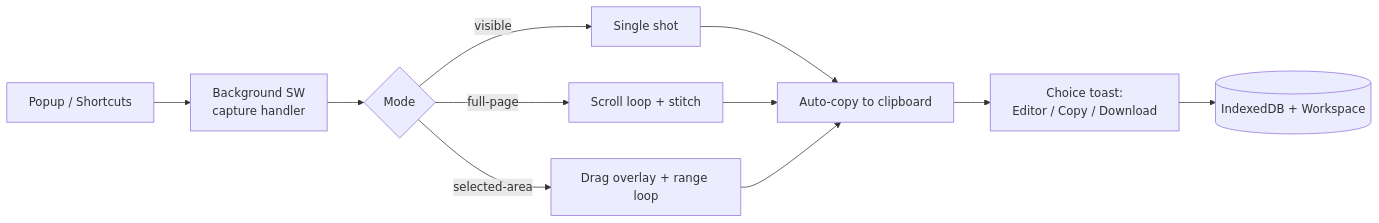
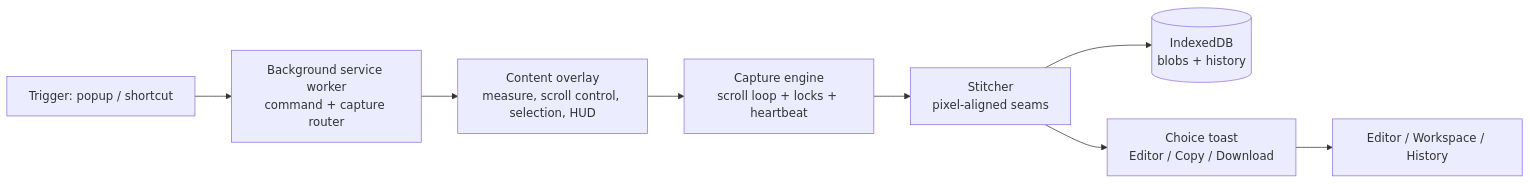
One commit to SUMANTHXT900/SCREENX changed the diagram in README.md. Above: the diagram before and after it, drawn with Mermaid. The commit also changed other lines of this file and 76 other files, not shown here.

````diff
--- a/README.md
+++ b/README.md
@@ -67,11 +67,10 @@
 ```mermaid
 flowchart LR
-    A[Popup / Shortcuts] --> B[Background SW<br/>capture handler]
-    B --> C{Mode}
-    C -->|visible| D[Single shot]
-    C -->|full-page| E[Scroll loop + stitch]
-    C -->|selected-area| F[Drag overlay + range loop]
-    D & E & F --> G[Auto-copy to clipboard]
-    G --> H[Choice toast:<br/>Editor / Copy / Download]
-    H --> I[(IndexedDB + Workspace)]
+    A[Trigger: popup / shortcut] --> B[Background service worker<br/>command + capture router]
+    B --> C[Content overlay<br/>measure, scroll control, selection, HUD]
+    C --> D[Capture engine<br/>scroll loop + locks + heartbeat]
+    D --> E[Stitcher<br/>pixel-aligned seams]
+    E --> F[(IndexedDB<br/>blobs + history)]
+    E --> G[Choice toast<br/>Editor / Copy / Download]
+    G --> H[Editor / Workspace / History]
 ```
````
